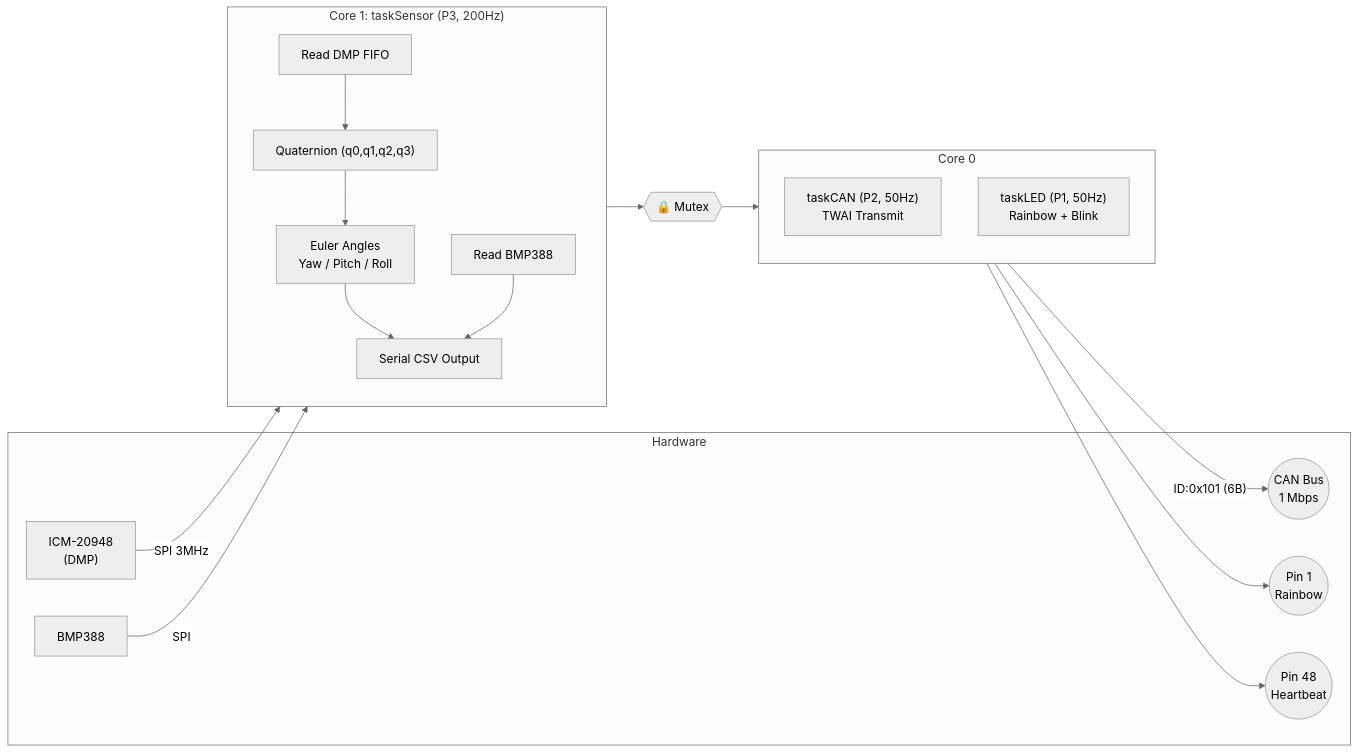
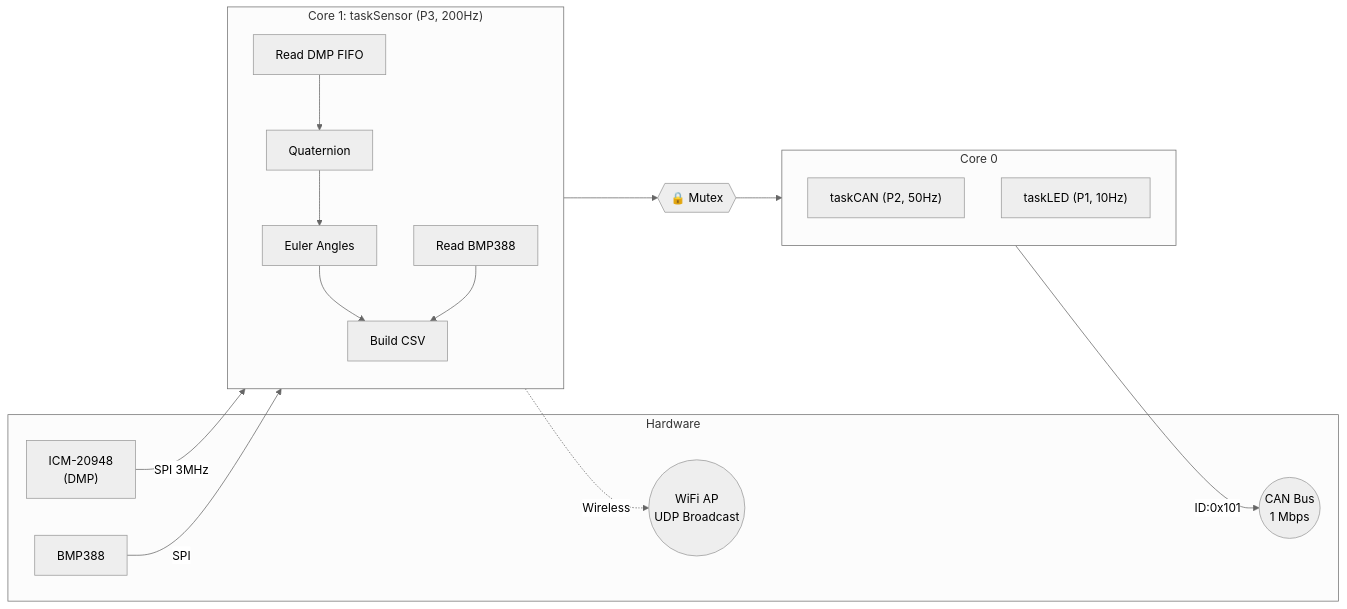
One commit to zwll0911/GY912_Module changed the diagram in README.md. Above: the diagram before and after it, drawn with Mermaid (neutral theme). The commit also changed other lines of this file and 6 other files, not shown here.

````diff
--- a/README.md
+++ b/README.md
@@ -46,37 +45,35 @@
 ```mermaid
 flowchart LR
     subgraph Hardware
         IMU["ICM-20948<br/>(DMP)"]
         BARO["BMP388"]
         Bus((CAN Bus<br/>1 Mbps))
-        LED1((Pin 1<br/>Rainbow))
-        LED48((Pin 48<br/>Heartbeat))
+        WiFi((WiFi AP<br/>UDP Broadcast))
     end
 
     subgraph Core1 ["Core 1: taskSensor (P3, 200Hz)"]
         direction TB
         FIFO[Read DMP FIFO]
-        Quat["Quaternion (q0,q1,q2,q3)"]
-        Euler["Euler Angles<br/>Yaw / Pitch / Roll"]
+        Quat["Quaternion"]
+        Euler["Euler Angles"]
         BMP[Read BMP388]
-        CSV[Serial CSV Output]
+        CSV[Build CSV]
     end
 
     subgraph Core0 ["Core 0"]
         direction TB
-        CAN_Task["taskCAN (P2, 50Hz)<br/>TWAI Transmit"]
-        LED_Task["taskLED (P1, 50Hz)<br/>Rainbow + Blink"]
+        CAN_Task["taskCAN (P2, 50Hz)"]
+        LED_Task["taskLED (P1, 10Hz)"]
     end
 
     Mutex{{"🔒 Mutex"}}
 
     IMU -->|SPI 3MHz| FIFO
     FIFO --> Quat --> Euler
     BARO -->|SPI| BMP
     Euler & BMP --> CSV
     Euler --> Mutex
     Mutex --> CAN_Task
-    CAN_Task -->|"ID:0x101 (6B)"| Bus
-    LED_Task --> LED1
-    LED_Task --> LED48
+    CAN_Task -->|"ID:0x101"| Bus
+    CSV -.->|Wireless| WiFi
 ```
````
